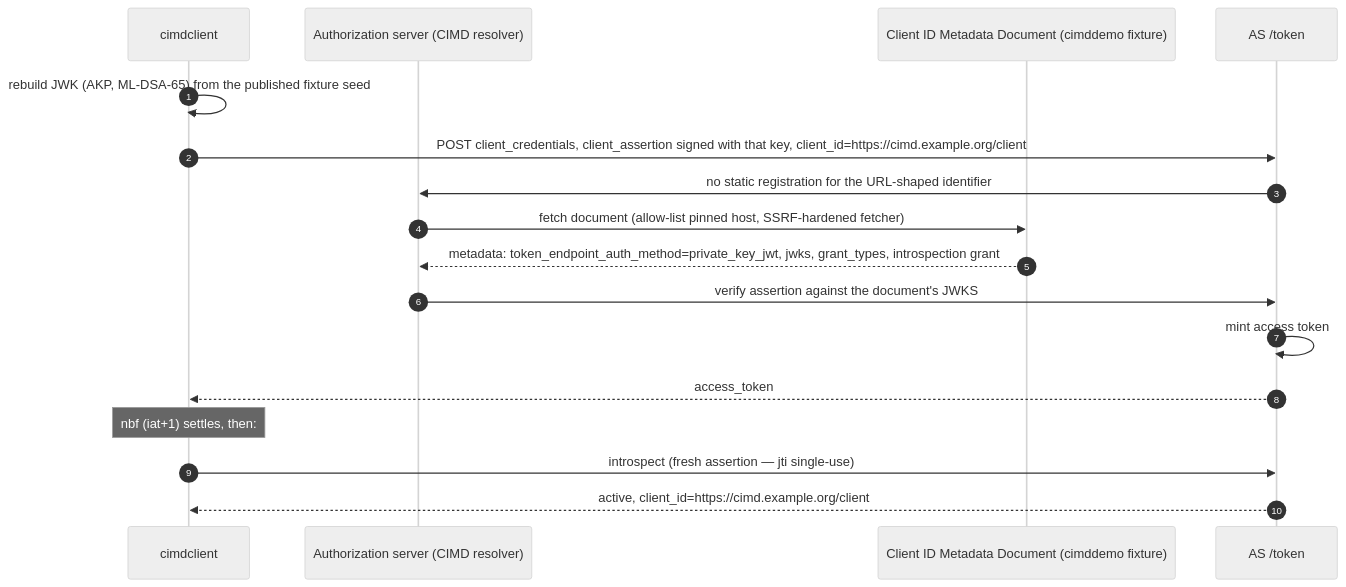
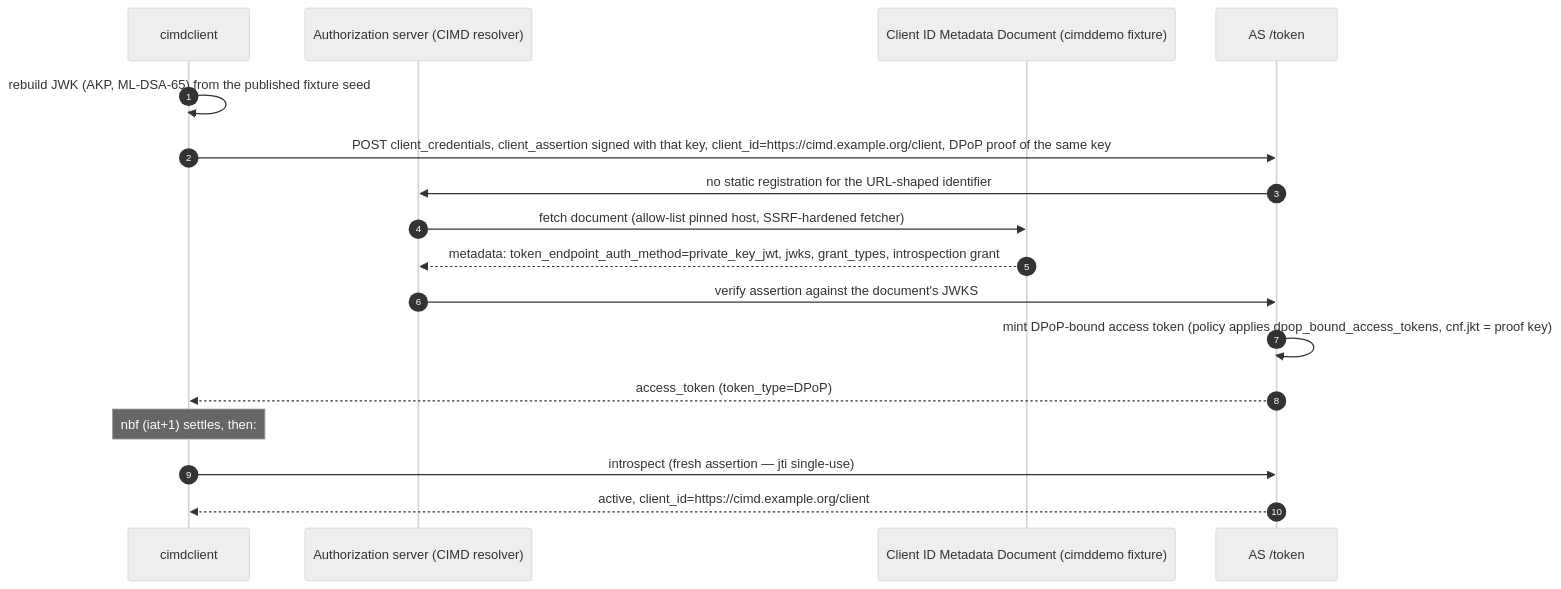
The diagram in examples/cimdclient/README.md (zntrio/solid), drawn with Mermaid (neutral theme) before and after one commit. The commit also changed other lines of this file and 11 other files, not shown here.

````diff
--- a/examples/cimdclient/README.md
+++ b/examples/cimdclient/README.md
@@ -13,20 +13,20 @@
 ```mermaid
 sequenceDiagram
     autonumber
     participant C as cimdclient
     participant AS as Authorization server (CIMD resolver)
     participant D as Client ID Metadata Document (cimddemo fixture)
     participant T as AS /token
 
     C->>C: rebuild JWK (AKP, ML-DSA-65) from the published fixture seed
-    C->>T: POST client_credentials, client_assertion signed with that key, client_id=https://cimd.example.org/client
+    C->>T: POST client_credentials, client_assertion signed with that key, client_id=https://cimd.example.org/client, DPoP proof of the same key
     T->>AS: no static registration for the URL-shaped identifier
     AS->>D: fetch document (allow-list pinned host, SSRF-hardened fetcher)
     D-->>AS: metadata: token_endpoint_auth_method=private_key_jwt, jwks, grant_types, introspection grant
     AS->>T: verify assertion against the document's JWKS
-    T->>T: mint access token
-    T-->>C: access_token
+    T->>T: mint DPoP-bound access token (policy applies dpop_bound_access_tokens, cnf.jkt = proof key)
+    T-->>C: access_token (token_type=DPoP)
     Note over C: nbf (iat+1) settles, then:
     C->>T: introspect (fresh assertion — jti single-use)
     T-->>C: active, client_id=https://cimd.example.org/client
 ```
````
